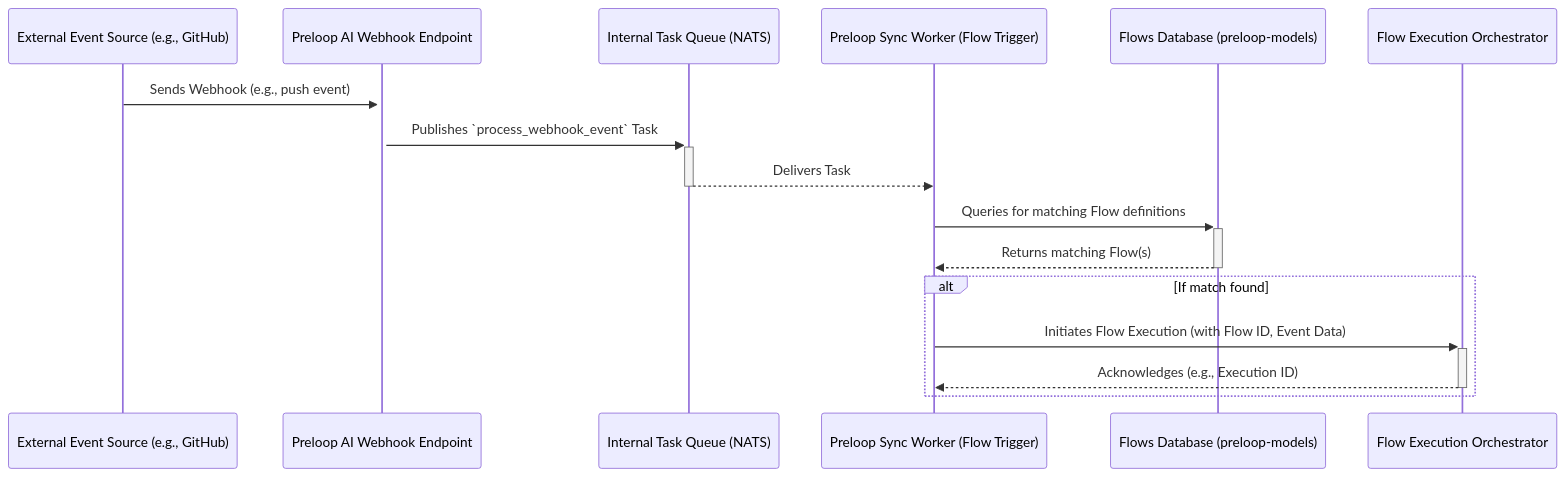
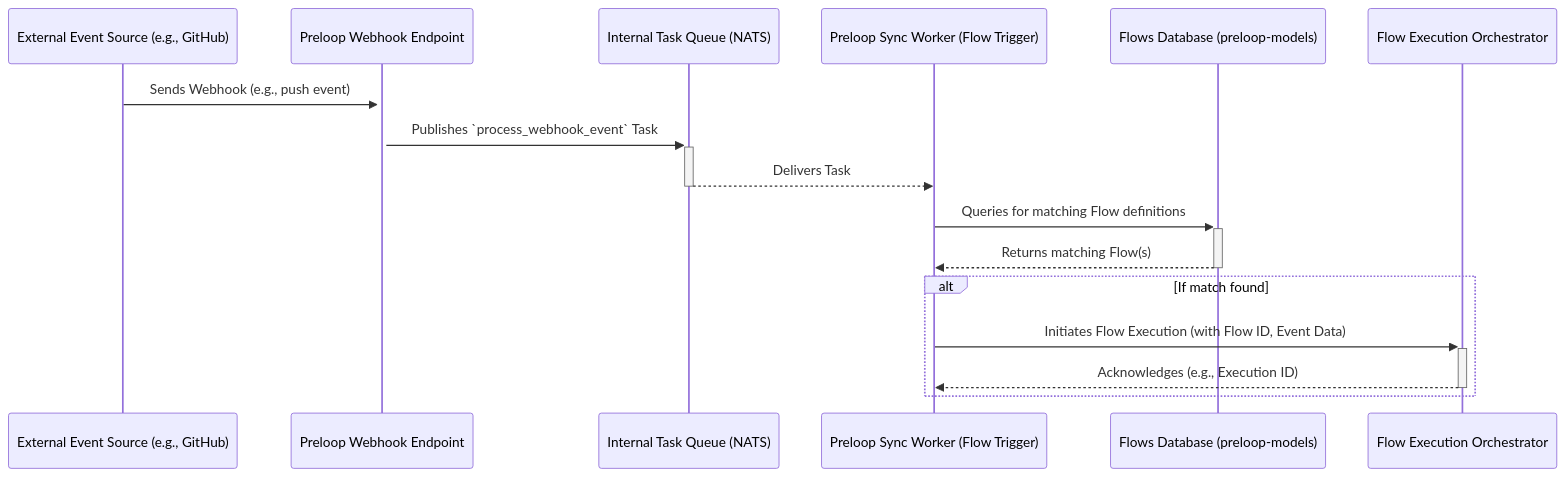
One commit to GiorgosAlexakis/preloop changed the fifth of 7 diagrams in ARCHITECTURE.md. Above: the diagram before and after it, drawn with Mermaid. The commit also changed other lines of this file and 818 other files, not shown here.

````diff
--- a/ARCHITECTURE.md
+++ b/ARCHITECTURE.md
@@ -661,19 +661,19 @@
 ```mermaid
 sequenceDiagram
     participant ExtSrc as External Event Source (e.g., GitHub)
-    participant WebhookEP as Preloop AI Webhook Endpoint
+    participant WebhookEP as Preloop Webhook Endpoint
     participant TaskQueue as Internal Task Queue (NATS)
     participant Worker as Preloop Sync Worker (Flow Trigger)
     participant FlowsDB as Flows Database (preloop-models)
     participant FlowExecOrch as Flow Execution Orchestrator
 
     ExtSrc->>+WebhookEP: Sends Webhook (e.g., push event)
     WebhookEP->>+TaskQueue: Publishes `process_webhook_event` Task
     TaskQueue-->>-Worker: Delivers Task
     Worker->>+FlowsDB: Queries for matching Flow definitions
     FlowsDB-->>-Worker: Returns matching Flow(s)
     alt If match found
         Worker->>+FlowExecOrch: Initiates Flow Execution (with Flow ID, Event Data)
         FlowExecOrch-->>-Worker: Acknowledges (e.g., Execution ID)
     end
 ```
````
